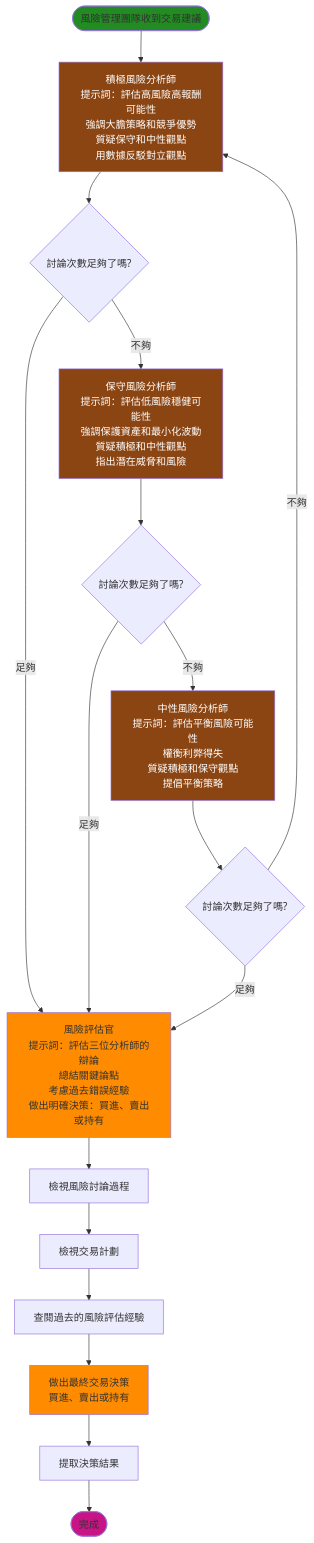
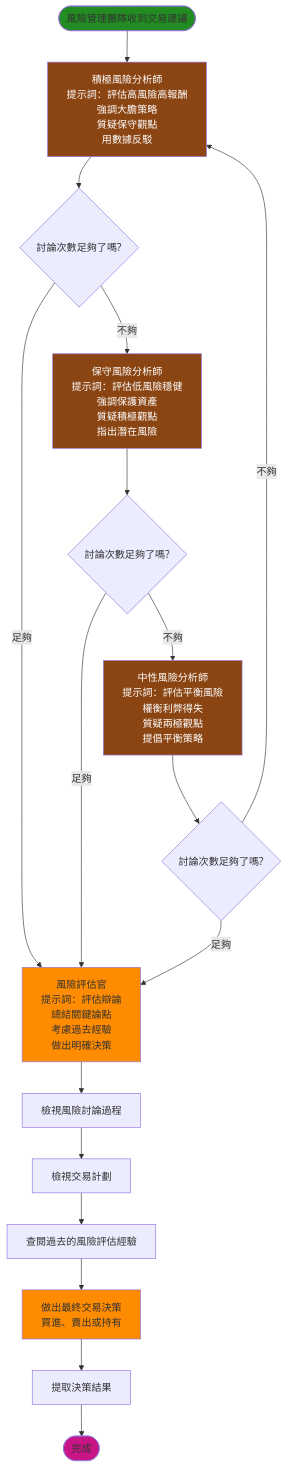
One commit to chitienshih-wq/Git_Test changed the eighth of 9 diagrams in 流程圖_簡化.md. Above: the diagram before and after it, drawn with Mermaid. The commit also changed other lines of this file, not shown here.

````diff
--- a/流程圖_簡化.md
+++ b/流程圖_簡化.md
@@ -214,34 +214,34 @@
 ```mermaid
 flowchart TD
-    Start([風險管理團隊收到交易建議]) --> RiskyAnalyst[積極風險分析師<br/>提示詞：評估高風險高報酬可能性<br/>強調大膽策略和競爭優勢<br/>質疑保守和中性觀點<br/>用數據反駁對立觀點]
+    Start([風險管理團隊收到交易建議]) --> RiskyAnalyst[積極風險分析師<br/>提示詞：評估高風險高報酬<br/>強調大膽策略<br/>質疑保守觀點<br/>用數據反駁]
     
     RiskyAnalyst --> CheckRounds{討論次數足夠了嗎?}
     
-    CheckRounds -->|不夠| SafeAnalyst[保守風險分析師<br/>提示詞：評估低風險穩健可能性<br/>強調保護資產和最小化波動<br/>質疑積極和中性觀點<br/>指出潛在威脅和風險]
-    CheckRounds -->|足夠| RiskJudge[風險評估官<br/>提示詞：評估三位分析師的辯論<br/>總結關鍵論點<br/>考慮過去錯誤經驗<br/>做出明確決策：買進、賣出或持有]
+    CheckRounds -->|不夠| SafeAnalyst[保守風險分析師<br/>提示詞：評估低風險穩健<br/>強調保護資產<br/>質疑積極觀點<br/>指出潛在風險]
+    CheckRounds -->|足夠| RiskJudge[風險評估官<br/>提示詞：評估辯論<br/>總結關鍵論點<br/>考慮過去經驗<br/>做出明確決策]
     
     SafeAnalyst --> CheckRounds2{討論次數足夠了嗎?}
     
-    CheckRounds2 -->|不夠| NeutralAnalyst[中性風險分析師<br/>提示詞：評估平衡風險可能性<br/>權衡利弊得失<br/>質疑積極和保守觀點<br/>提倡平衡策略]
+    CheckRounds2 -->|不夠| NeutralAnalyst[中性風險分析師<br/>提示詞：評估平衡風險<br/>權衡利弊得失<br/>質疑兩極觀點<br/>提倡平衡策略]
     CheckRounds2 -->|足夠| RiskJudge
     
     NeutralAnalyst --> CheckRounds3{討論次數足夠了嗎?}
     
     CheckRounds3 -->|不夠| RiskyAnalyst
     CheckRounds3 -->|足夠| RiskJudge
     
     RiskJudge --> ReviewDiscussion[檢視風險討論過程]
     ReviewDiscussion --> ReviewPlan[檢視交易計劃]
     ReviewPlan --> CheckMemory[查閱過去的風險評估經驗]
     CheckMemory --> MakeFinalDecision[做出最終交易決策<br/>買進、賣出或持有]
     MakeFinalDecision --> ExtractDecision[提取決策結果]
     ExtractDecision --> End([完成])
     
     style Start fill:#228B22
     style End fill:#C71585
     style RiskJudge fill:#FF8C00
     style MakeFinalDecision fill:#FF8C00
     style RiskyAnalyst fill:#8B4513,color:#FFFFFF
     style SafeAnalyst fill:#8B4513,color:#FFFFFF
     style NeutralAnalyst fill:#8B4513,color:#FFFFFF
 ```
````
